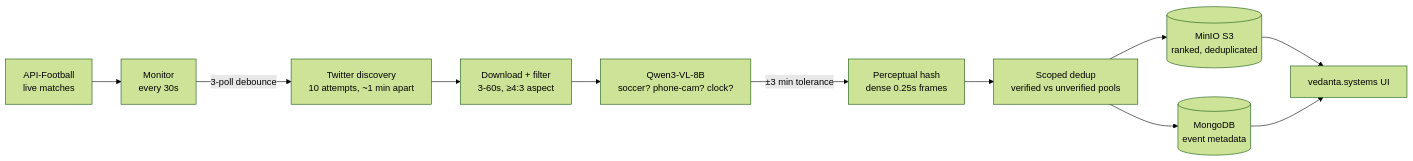
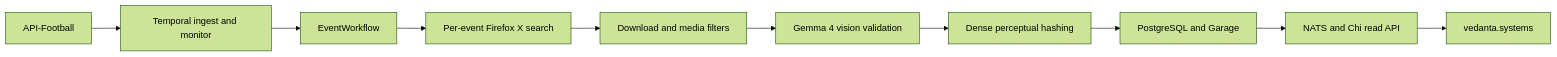
Before and after one commit to vedantadhobley/found-footy: the diagram in README.md, drawn with Mermaid (forest theme). The commit also changed other lines of this file and 97 other files, not shown here.

````diff
--- a/README.md
+++ b/README.md
@@ -17,13 +16,12 @@
 ```mermaid
 flowchart LR
-    API[API-Football<br/>live matches] --> MON[Monitor<br/>every 30s]
-    MON -->|3-poll debounce| TW[Twitter discovery<br/>10 attempts, ~1 min apart]
-    TW --> DL[Download + filter<br/>3-60s, ≥4:3 aspect]
-    DL --> AI[Qwen3-VL-8B<br/>soccer? phone-cam? clock?]
-    AI -->|±3 min tolerance| HASH[Perceptual hash<br/>dense 0.25s frames]
-    HASH --> DEDUP[Scoped dedup<br/>verified vs unverified pools]
-    DEDUP --> S3[(MinIO S3<br/>ranked, deduplicated)]
-    DEDUP --> META[(MongoDB<br/>event metadata)]
-    S3 --> UI[vedanta.systems UI]
-    META --> UI
+    API[API-Football] --> INGEST[Temporal ingest and monitor]
+    INGEST --> EVENT[EventWorkflow]
+    EVENT --> SEARCH[Per-event Firefox X search]
+    SEARCH --> MEDIA[Download and media filters]
+    MEDIA --> VISION[Gemma 4 vision validation]
+    VISION --> HASH[Dense perceptual hashing]
+    HASH --> STORE[PostgreSQL and Garage]
+    STORE --> FEED[NATS and Chi read API]
+    FEED --> UI[vedanta.systems]
 ```
````
